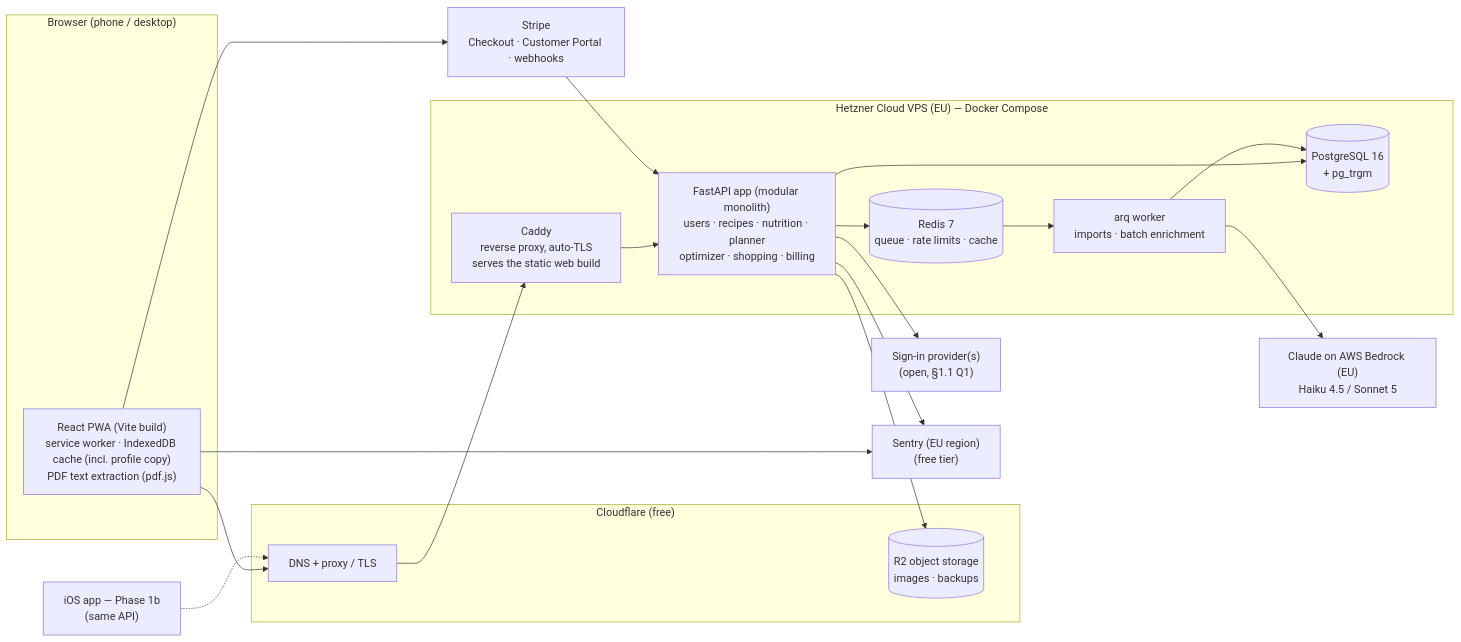
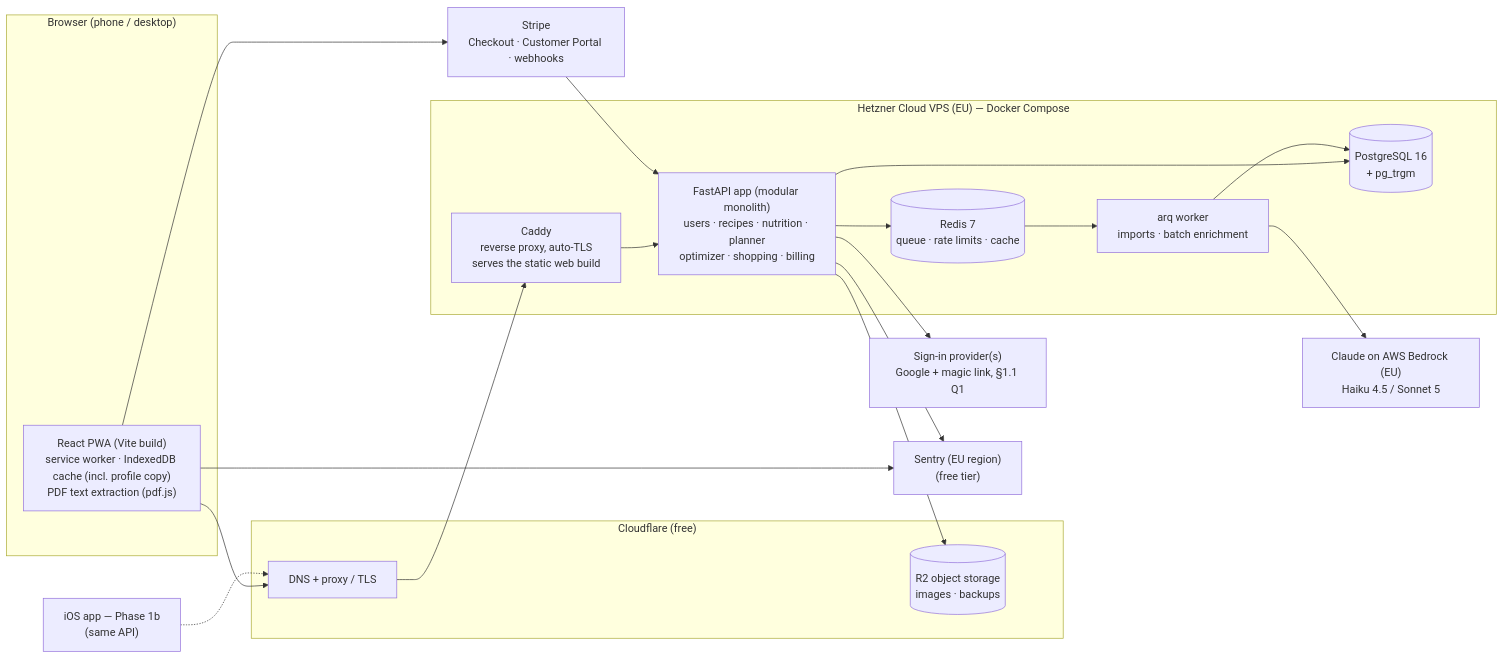
The diagram in docs/DEVELOPMENT_PLAN.md (agnieszkakot93/fitmeal-ai), drawn with Mermaid before and after one commit. The commit also changed other lines of this file, not shown here.

First line of the commit message:
docs: record Q1 decision, Google + magic link sign-in for web

````diff
--- a/docs/DEVELOPMENT_PLAN.md
+++ b/docs/DEVELOPMENT_PLAN.md
@@ -38,39 +38,39 @@
 ```mermaid
 flowchart LR
     subgraph Device["Browser (phone / desktop)"]
         APP["React PWA (Vite build)<br/>service worker · IndexedDB cache (incl. profile copy)<br/>PDF text extraction (pdf.js)"]
     end
     IOS["iOS app — Phase 1b<br/>(same API)"]
 
     subgraph CF["Cloudflare (free)"]
         DNS["DNS + proxy / TLS"]
         R2[("R2 object storage<br/>images · backups")]
     end
 
     subgraph VPS["Hetzner Cloud VPS (EU) — Docker Compose"]
         CADDY["Caddy<br/>reverse proxy, auto-TLS<br/>serves the static web build"]
         API["FastAPI app (modular monolith)<br/>users · recipes · nutrition · planner<br/>optimizer · shopping · billing"]
         WORKER["arq worker<br/>imports · batch enrichment"]
         PG[("PostgreSQL 16<br/>+ pg_trgm")]
         REDIS[("Redis 7<br/>queue · rate limits · cache")]
     end
 
     CLAUDE["Claude on AWS Bedrock (EU)<br/>Haiku 4.5 / Sonnet 5"]
     STRIPE["Stripe<br/>Checkout · Customer Portal · webhooks"]
-    AUTHP["Sign-in provider(s)<br/>(open, §1.1 Q1)"]
+    AUTHP["Sign-in provider(s)<br/>Google + magic link, §1.1 Q1"]
     OBS["Sentry (EU region)<br/>(free tier)"]
 
     APP --> DNS --> CADDY --> API
     IOS -.-> DNS
     APP --> STRIPE
     STRIPE --> API
     API --> AUTHP
     API --> PG
     API --> REDIS
     REDIS --> WORKER
     WORKER --> PG
     WORKER --> CLAUDE
     API --> R2
     APP --> OBS
     API --> OBS
 ```
````
